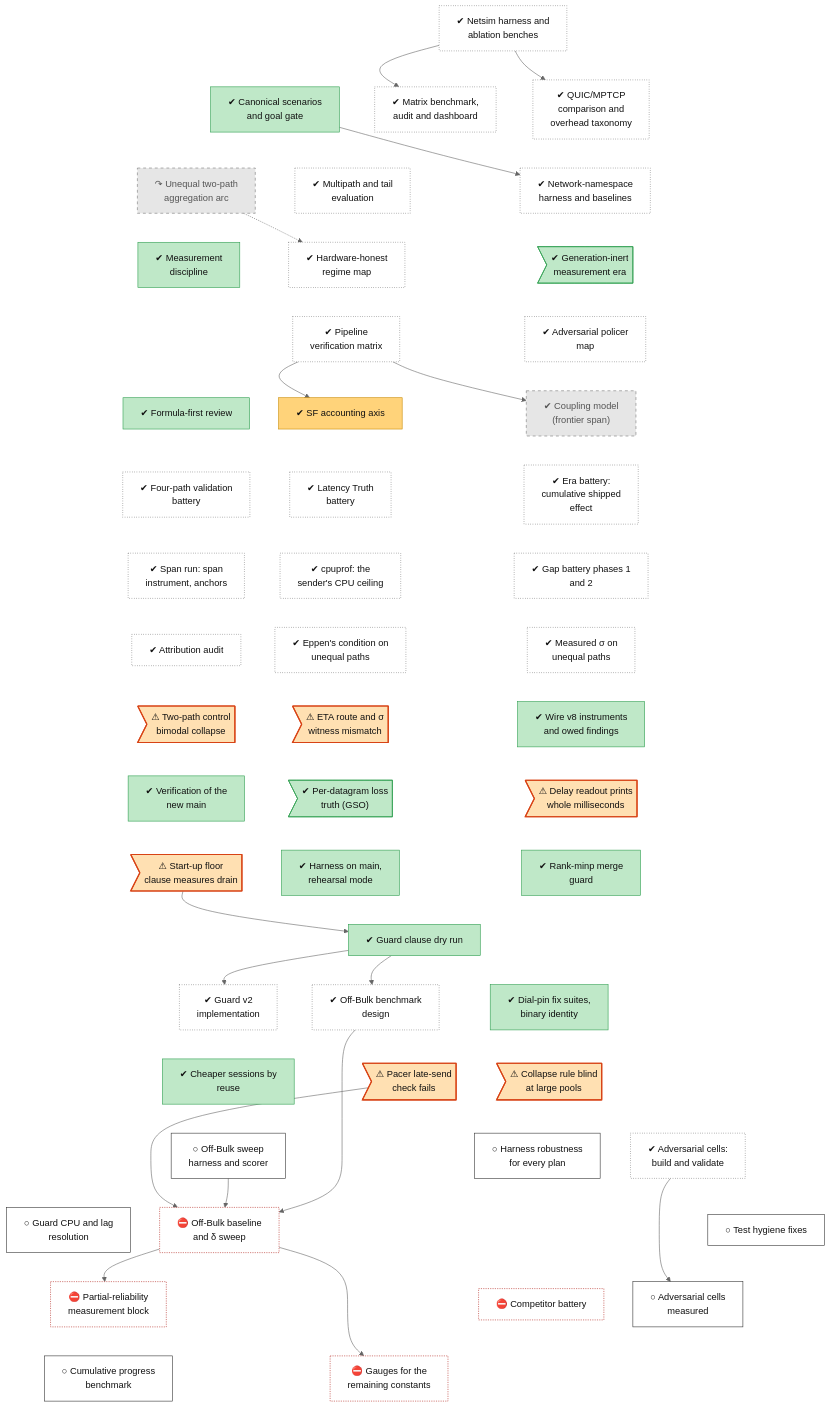
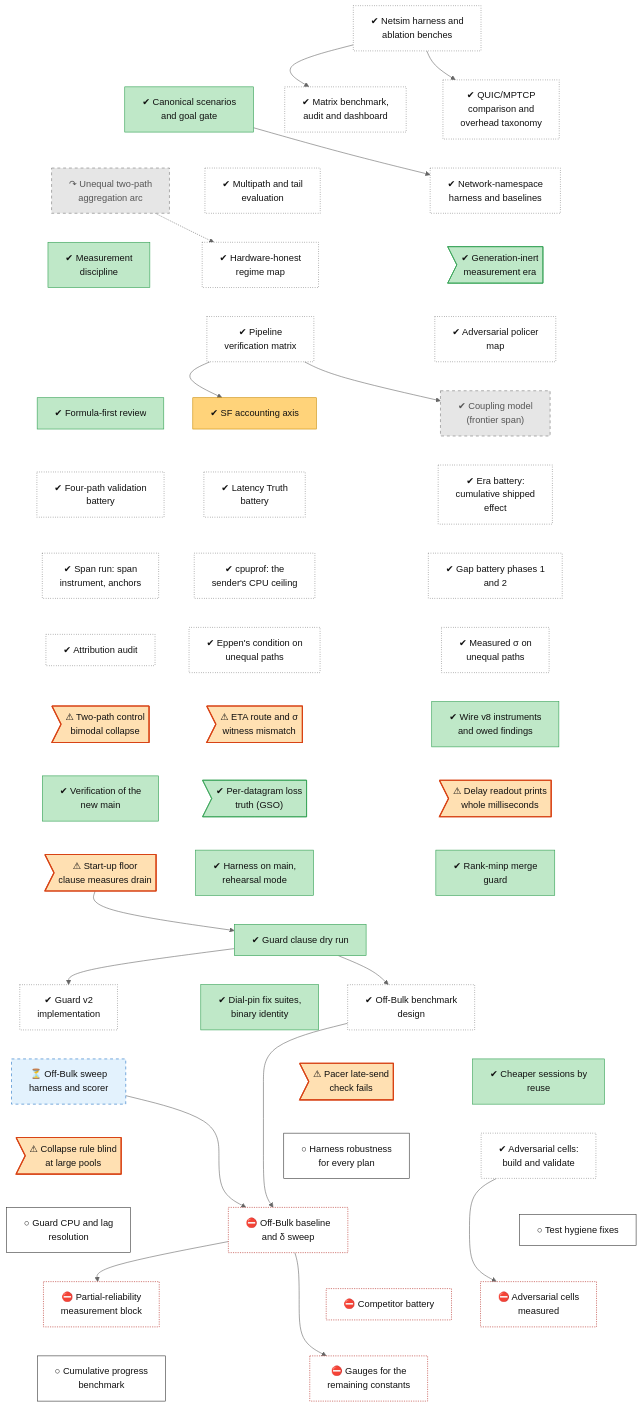
The diagram in docs/roadmap/tracks/meas.md (lhns/raptorpath), drawn with Mermaid (neutral theme) before and after one commit. The commit also changed other lines of this file and 10 other files, not shown here.

````diff
--- a/docs/roadmap/tracks/meas.md
+++ b/docs/roadmap/tracks/meas.md
@@ -46,17 +46,17 @@
     meas_guard_v2_impl["✔ Guard v2<br/>implementation"]
     meas_s51_design["✔ Off-Bulk benchmark<br/>design"]
     meas_s58_session["✔ Dial-pin fix suites,<br/>binary identity"]
+    meas_s51_harness["⏳ Off-Bulk sweep<br/>harness and scorer"]
     meas_harness_reuse["✔ Cheaper sessions by<br/>reuse"]
     meas_blocke_pacing_gate>"⚠ Pacer late-send<br/>check fails"]
     meas_defect_cr61_large_pool>"⚠ Collapse rule blind<br/>at large pools"]
-    meas_s51_harness["○ Off-Bulk sweep<br/>harness and scorer"]
     meas_adversarial_cells_build["✔ Adversarial cells:<br/>build and validate"]
     meas_harness_robustness["○ Harness robustness<br/>for every plan"]
     meas_guard_resolution["○ Guard CPU and lag<br/>resolution"]
     meas_test_hygiene["○ Test hygiene fixes"]
     meas_s51_session["⛔ Off-Bulk baseline<br/>and δ sweep"]
     meas_s51b_rho["⛔ Partial-reliability<br/>measurement block"]
-    meas_adversarial_cells_run["○ Adversarial cells<br/>measured"]
+    meas_adversarial_cells_run["⛔ Adversarial cells<br/>measured"]
     meas_competitor_battery["⛔ Competitor battery"]
     meas_progress_baseline["○ Cumulative progress<br/>benchmark"]
     meas_fix_gauges_p3["⛔ Gauges for the<br/>remaining constants"]
@@ -99,13 +99,13 @@
     meas_guard_clause_dry ~~~ meas_guard_v2_impl
     meas_guard_clause_dry ~~~ meas_s51_design
     meas_guard_clause_dry ~~~ meas_s58_session
-    meas_guard_v2_impl ~~~ meas_harness_reuse
-    meas_s51_design ~~~ meas_blocke_pacing_gate
-    meas_s58_session ~~~ meas_defect_cr61_large_pool
-    meas_harness_reuse ~~~ meas_s51_harness
-    meas_blocke_pacing_gate ~~~ meas_adversarial_cells_build
-    meas_defect_cr61_large_pool ~~~ meas_harness_robustness
-    meas_s51_harness ~~~ meas_guard_resolution
+    meas_guard_v2_impl ~~~ meas_s51_harness
+    meas_s51_design ~~~ meas_harness_reuse
+    meas_s58_session ~~~ meas_blocke_pacing_gate
+    meas_s51_harness ~~~ meas_defect_cr61_large_pool
+    meas_harness_reuse ~~~ meas_adversarial_cells_build
+    meas_blocke_pacing_gate ~~~ meas_harness_robustness
+    meas_defect_cr61_large_pool ~~~ meas_guard_resolution
     meas_adversarial_cells_build ~~~ meas_test_hygiene
     meas_harness_robustness ~~~ meas_s51_session
     meas_guard_resolution ~~~ meas_s51b_rho
@@ -125,7 +125,6 @@
     meas_guard_clause_dry --> meas_s51_design
     meas_s51_design --> meas_s51_session
     meas_s51_harness --> meas_s51_session
-    meas_blocke_pacing_gate --> meas_s51_session
     meas_s51_session --> meas_s51b_rho
     meas_adversarial_cells_build --> meas_adversarial_cells_run
     meas_s51_session --> meas_fix_gauges_p3
@@ -147,6 +146,7 @@
     class meas_c8_aggregation_arc,meas_coupling_model dead
     class meas_sf_accounting mixed
     class meas_defect_eta_witness,meas_defect_c8_bimodal,meas_defect_diag_rtp_ms,meas_defect_rtp_floor,meas_blocke_pacing_gate,meas_defect_cr61_large_pool defect
-    class meas_s51_harness,meas_harness_robustness,meas_guard_resolution,meas_test_hygiene,meas_adversarial_cells_run,meas_progress_baseline next
-    class meas_s51_session,meas_s51b_rho,meas_competitor_battery,meas_fix_gauges_p3 blocked
+    class meas_s51_harness waiting
+    class meas_harness_robustness,meas_guard_resolution,meas_test_hygiene,meas_progress_baseline next
+    class meas_s51_session,meas_s51b_rho,meas_adversarial_cells_run,meas_competitor_battery,meas_fix_gauges_p3 blocked
 ```
````
